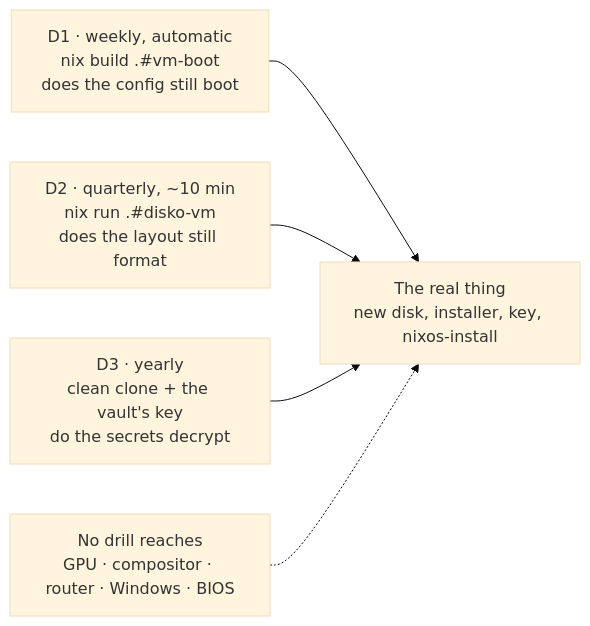
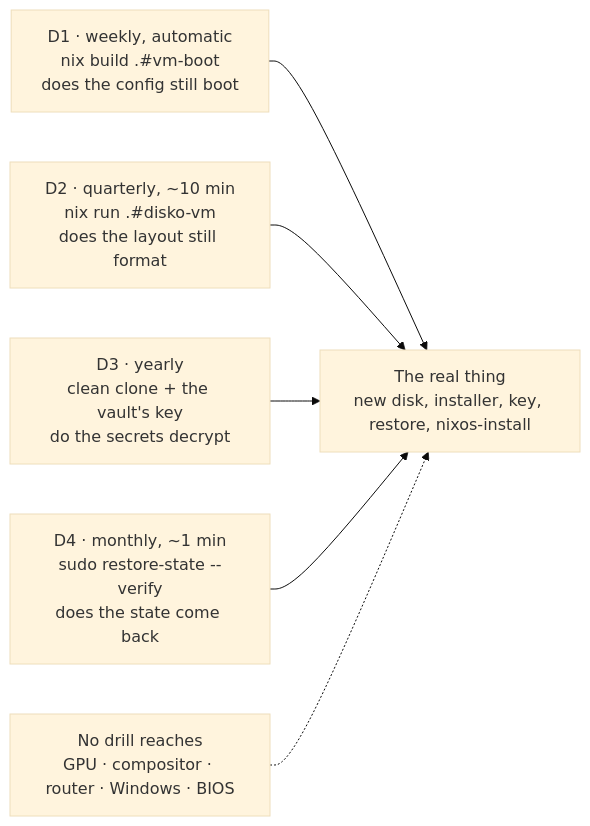
The diagram in docs/guides/disaster-recovery.md (v1cferr/dotfiles), drawn with Mermaid (base theme) before and after one commit. The commit also changed other lines of this file and 10 other files, not shown here.

First line of the commit message:
docs(backup): decision 0011, the restore path and drill D4

````diff
--- a/docs/guides/disaster-recovery.md
+++ b/docs/guides/disaster-recovery.md
@@ -7,16 +7,18 @@
 ```mermaid
 flowchart LR
     accTitle: The drills, cheapest first, and the restore they rehearse
-    accDescr: D1 boots the config weekly, D2 formats the layout quarterly, D3 decrypts the secrets yearly, and the real restore needs all three halves plus the parts no drill reaches.
+    accDescr: D1 boots the config weekly, D2 formats the layout quarterly, D3 decrypts the secrets yearly, D4 restores the state monthly, and the real restore needs all four plus the parts no drill reaches.
 
     D1["D1 · weekly, automatic<br>nix build .#vm-boot<br>does the config still boot"]
     D2["D2 · quarterly, ~10 min<br>nix run .#disko-vm<br>does the layout still format"]
     D3["D3 · yearly<br>clean clone + the vault's key<br>do the secrets decrypt"]
-    R["The real thing<br>new disk, installer, key, nixos-install"]
+    D4["D4 · monthly, ~1 min<br>sudo restore-state --verify<br>does the state come back"]
+    R["The real thing<br>new disk, installer, key, restore, nixos-install"]
     X["No drill reaches<br>GPU · compositor · router · Windows · BIOS"]
 
     D1 --> R
     D2 --> R
     D3 --> R
+    D4 --> R
     X -.-> R
 ```
````
